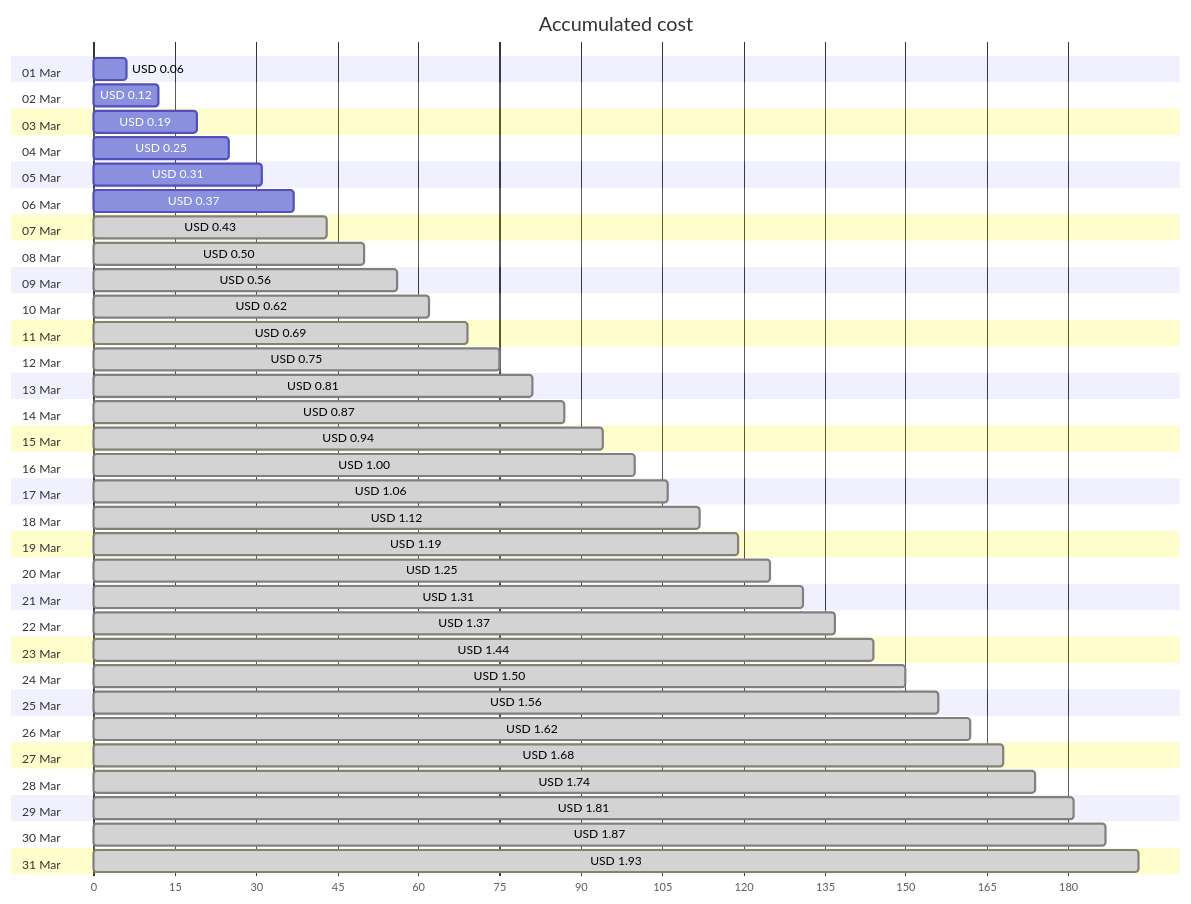
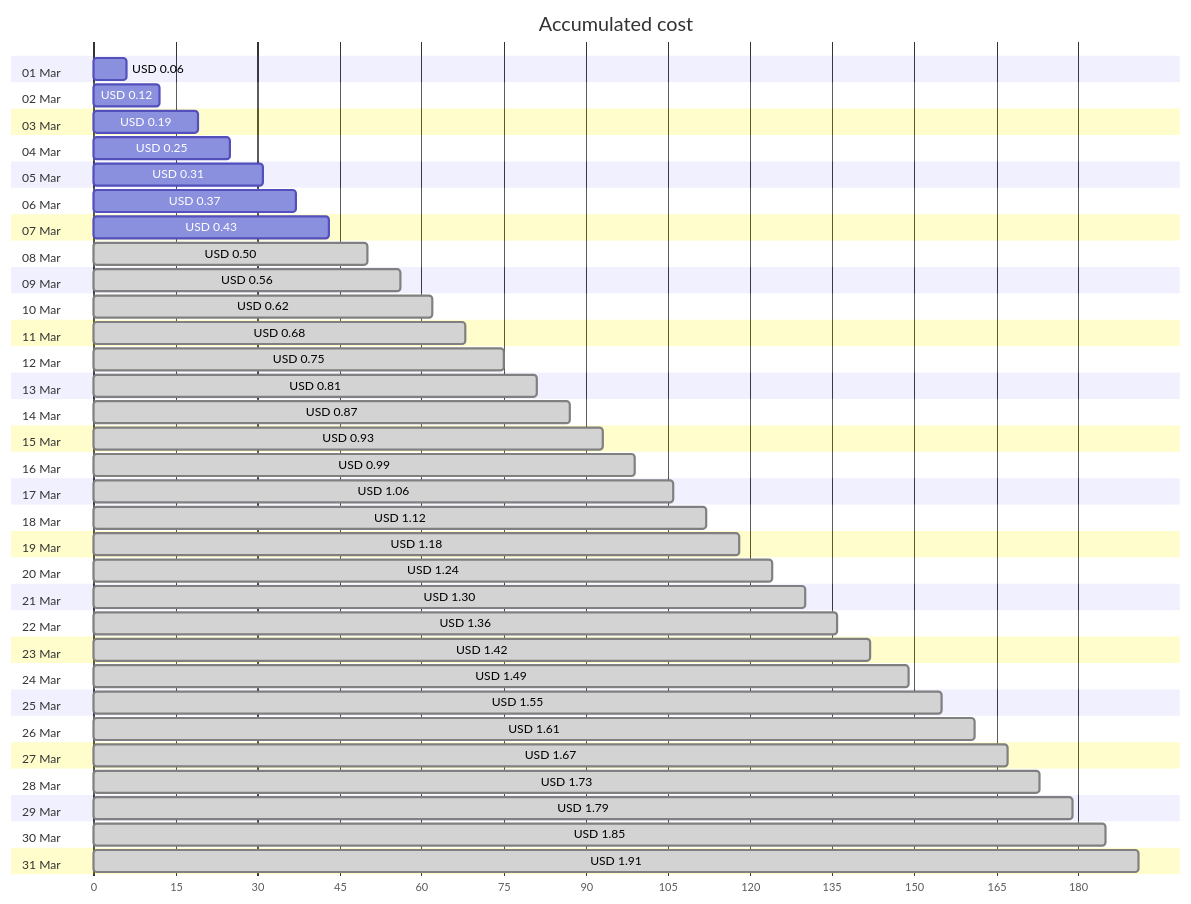
The first of 4 diagrams in cost-reports/personal-network/vpn-server_OsDisk.md (jpfulton/azure-personal-reports), drawn with Mermaid before and after one commit. The commit also changed other lines of this file and 7 other files, not shown here.

````diff
--- a/cost-reports/personal-network/vpn-server_OsDisk.md
+++ b/cost-reports/personal-network/vpn-server_OsDisk.md
@@ -20,68 +20,68 @@
 ```mermaid
 gantt
    title Accumulated cost
    dateFormat  X
    axisFormat %s
    section 01 Mar
    USD 0.06 :0, 6
    section 02 Mar
    USD 0.12 :0, 12
    section 03 Mar
    USD 0.19 :0, 19
    section 04 Mar
    USD 0.25 :0, 25
    section 05 Mar
    USD 0.31 :0, 31
    section 06 Mar
    USD 0.37 :0, 37
    section 07 Mar
-   USD 0.43 : done, 0, 43
+   USD 0.43 :0, 43
    section 08 Mar
    USD 0.50 : done, 0, 50
    section 09 Mar
    USD 0.56 : done, 0, 56
    section 10 Mar
    USD 0.62 : done, 0, 62
    section 11 Mar
-   USD 0.69 : done, 0, 69
+   USD 0.68 : done, 0, 68
    section 12 Mar
    USD 0.75 : done, 0, 75
    section 13 Mar
    USD 0.81 : done, 0, 81
    section 14 Mar
    USD 0.87 : done, 0, 87
    section 15 Mar
-   USD 0.94 : done, 0, 94
+   USD 0.93 : done, 0, 93
    section 16 Mar
-   USD 1.00 : done, 0, 100
+   USD 0.99 : done, 0, 99
    section 17 Mar
    USD 1.06 : done, 0, 106
    section 18 Mar
    USD 1.12 : done, 0, 112
    section 19 Mar
-   USD 1.19 : done, 0, 119
+   USD 1.18 : done, 0, 118
    section 20 Mar
-   USD 1.25 : done, 0, 125
+   USD 1.24 : done, 0, 124
    section 21 Mar
-   USD 1.31 : done, 0, 131
+   USD 1.30 : done, 0, 130
    section 22 Mar
-   USD 1.37 : done, 0, 137
+   USD 1.36 : done, 0, 136
    section 23 Mar
-   USD 1.44 : done, 0, 144
+   USD 1.42 : done, 0, 142
    section 24 Mar
-   USD 1.50 : done, 0, 150
+   USD 1.49 : done, 0, 149
    section 25 Mar
-   USD 1.56 : done, 0, 156
+   USD 1.55 : done, 0, 155
    section 26 Mar
-   USD 1.62 : done, 0, 162
+   USD 1.61 : done, 0, 161
    section 27 Mar
-   USD 1.68 : done, 0, 168
+   USD 1.67 : done, 0, 167
    section 28 Mar
-   USD 1.74 : done, 0, 174
+   USD 1.73 : done, 0, 173
    section 29 Mar
-   USD 1.81 : done, 0, 181
+   USD 1.79 : done, 0, 179
    section 30 Mar
-   USD 1.87 : done, 0, 187
+   USD 1.85 : done, 0, 185
    section 31 Mar
-   USD 1.93 : done, 0, 193
+   USD 1.91 : done, 0, 191
 ```
````
